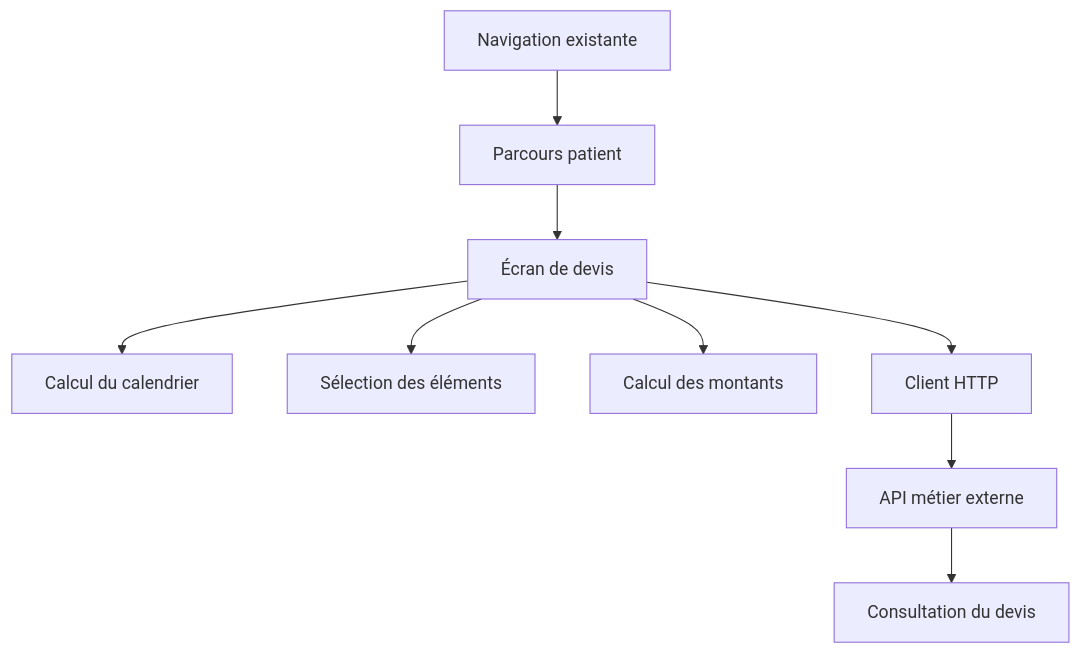
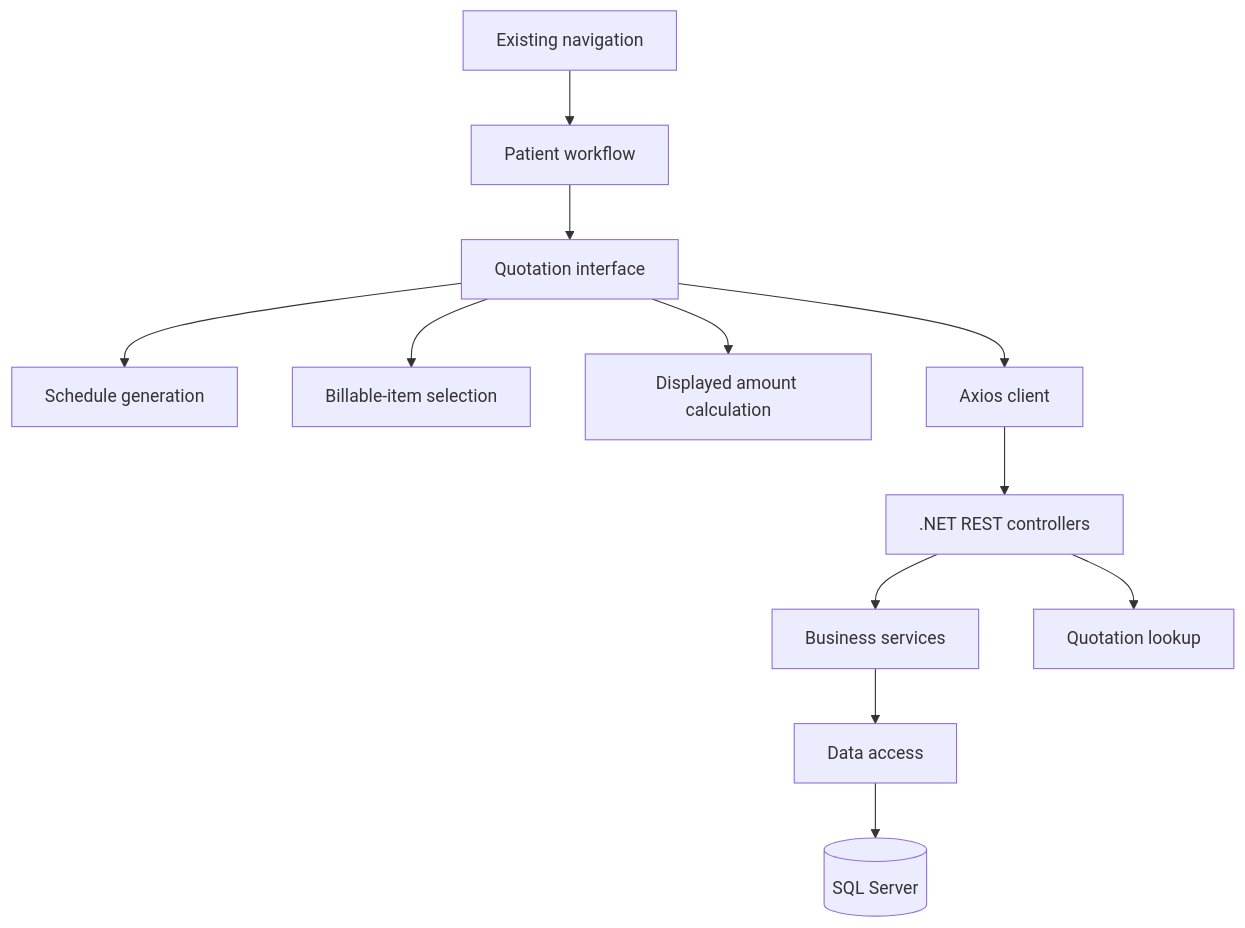
The second of 5 diagrams in docs/architecture.md (KhaledZouari/pfe-clinisys-devis-cures), drawn with Mermaid before and after one commit. The commit also changed other lines of this file and 6 other files, not shown here.

````diff
--- a/docs/architecture.md
+++ b/docs/architecture.md
@@ -24,11 +23,14 @@
 ```mermaid
 flowchart TB
-    NAV[Navigation existante] --> PAT[Parcours patient]
-    PAT --> DEV[Écran de devis]
-    DEV --> CAL[Calcul du calendrier]
-    DEV --> CAT[Sélection des éléments]
-    DEV --> TOT[Calcul des montants]
-    DEV --> HTTP[Client HTTP]
-    HTTP --> API[API métier externe]
-    API --> VIEW[Consultation du devis]
+    NAV[Existing navigation] --> PAT[Patient workflow]
+    PAT --> QUOTE[Quotation interface]
+    QUOTE --> CAL[Schedule generation]
+    QUOTE --> CAT[Billable-item selection]
+    QUOTE --> TOT[Displayed amount calculation]
+    QUOTE --> HTTP[Axios client]
+    HTTP --> API[.NET REST controllers]
+    API --> BL[Business services]
+    BL --> DATA[Data access]
+    DATA --> SQL[(SQL Server)]
+    API --> VIEW[Quotation lookup]
 ```
````
